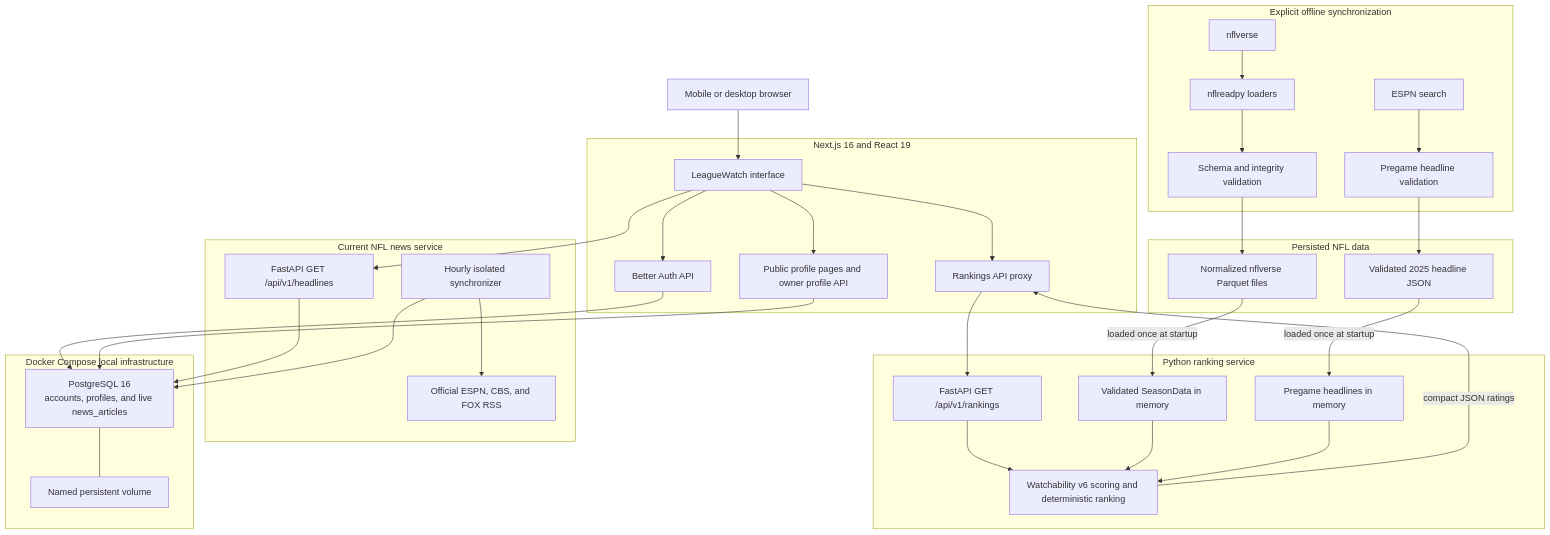
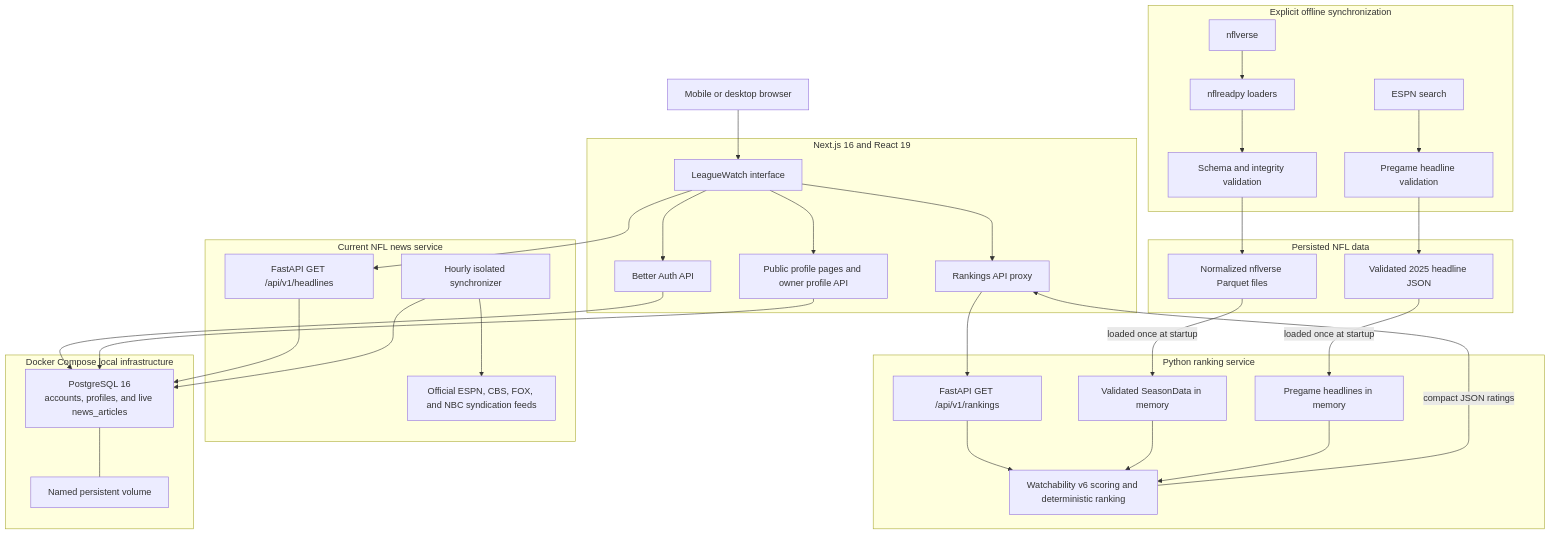
One commit to SamarthaB10/Nfl_assistant changed the diagram in README.md. Above: the diagram before and after it, drawn with Mermaid. The commit also changed other lines of this file and 16 other files, not shown here.

````diff
--- a/README.md
+++ b/README.md
@@ -333,70 +335,70 @@
 ```mermaid
 flowchart TB
     USER["Mobile or desktop browser"]
 
     subgraph WEB["Next.js 16 and React 19"]
         UI["LeagueWatch interface"]
         RANK_PROXY["Rankings API proxy"]
         AUTH["Better Auth API"]
         PROFILE["Public profile pages and owner profile API"]
     end
 
     subgraph RANKING["Python ranking service"]
         API["FastAPI GET /api/v1/rankings"]
         ENGINE["Watchability v6 scoring and deterministic ranking"]
         SEASON["Validated SeasonData in memory"]
         HEADLINE_LOOKUP["Pregame headlines in memory"]
     end
 
     subgraph LIVE_NEWS["Current NFL news service"]
         NEWS_API["FastAPI GET /api/v1/headlines"]
         SCHEDULER["Hourly isolated synchronizer"]
-        FEEDS["Official ESPN, CBS, and FOX RSS"]
+        FEEDS["Official ESPN, CBS, FOX, and NBC syndication feeds"]
     end
 
     subgraph LOCAL_DATA["Persisted NFL data"]
         PARQUET["Normalized nflverse Parquet files"]
         HEADLINE_JSON["Validated 2025 headline JSON"]
     end
 
     subgraph DOCKER["Docker Compose local infrastructure"]
         POSTGRES["PostgreSQL 16<br/>accounts, profiles, and live news_articles"]
         VOLUME["Named persistent volume"]
     end
 
     subgraph SYNC["Explicit offline synchronization"]
         NFLVERSE["nflverse"]
         NFLREADPY["nflreadpy loaders"]
         VALIDATE["Schema and integrity validation"]
         ESPN["ESPN search"]
         FILTER["Pregame headline validation"]
     end
 
     USER --> UI
     UI --> RANK_PROXY
     RANK_PROXY --> API
     API --> ENGINE
     ENGINE -->|"compact JSON ratings"| RANK_PROXY
 
     UI --> AUTH
     UI --> PROFILE
     AUTH --> POSTGRES
     PROFILE --> POSTGRES
     POSTGRES --- VOLUME
 
     PARQUET -->|"loaded once at startup"| SEASON
     HEADLINE_JSON -->|"loaded once at startup"| HEADLINE_LOOKUP
     SEASON --> ENGINE
     HEADLINE_LOOKUP --> ENGINE
 
     UI --> NEWS_API
     NEWS_API --> POSTGRES
     SCHEDULER --> FEEDS
     SCHEDULER --> POSTGRES
 
     NFLVERSE --> NFLREADPY
     NFLREADPY --> VALIDATE
     VALIDATE --> PARQUET
     ESPN --> FILTER
     FILTER --> HEADLINE_JSON
 ```
````
